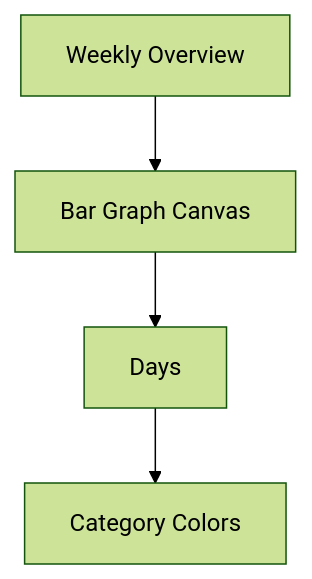
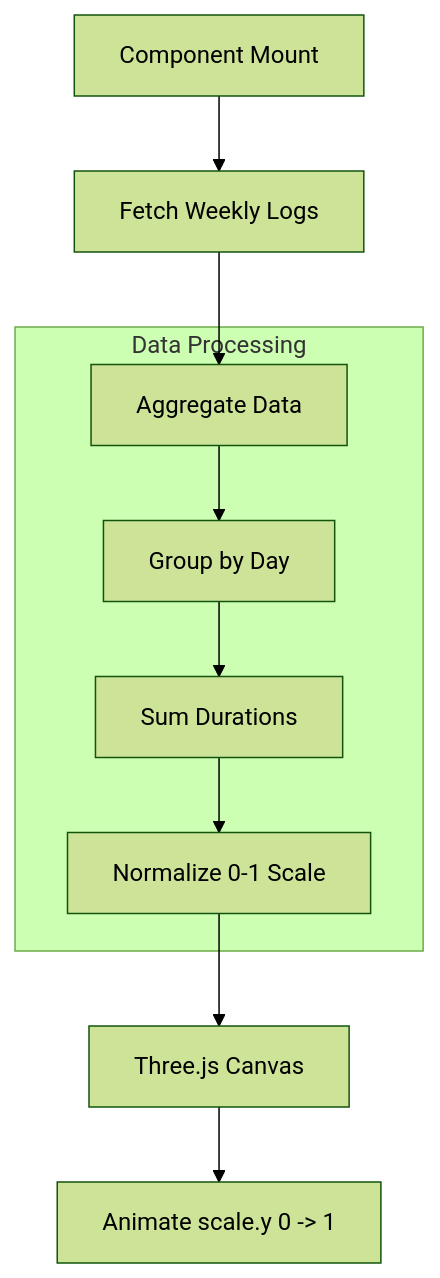
One commit to abhijeet-hudda/Focus-and-Habit-Tracker changed the sixth of 6 diagrams in wireframe.md. Above: the diagram before and after it, drawn with Mermaid (forest theme). The commit also changed other lines of this file, not shown here.

Commit message:
add wireframe and flowcharts

````diff
--- a/wireframe.md
+++ b/wireframe.md
@@ -108,6 +210,15 @@
 ```mermaid
 flowchart TD
-  WO[Weekly Overview] --> BG[Bar Graph Canvas]
-  BG --> D[Days]
-  D --> C[Category Colors]
+    Start[Component Mount] --> Fetch[Fetch Weekly Logs]
+    Fetch --> Process[Aggregate Data]
+    
+    subgraph Data Processing
+    Process --> Group[Group by Day]
+    Group --> Sum[Sum Durations]
+    Sum --> Normalize[Normalize 0-1 Scale]
+    end
+    
+    Normalize --> Render[Three.js Canvas]
+    Render --> Animate[Animate scale.y 0 -> 1]
+
 ```
````
